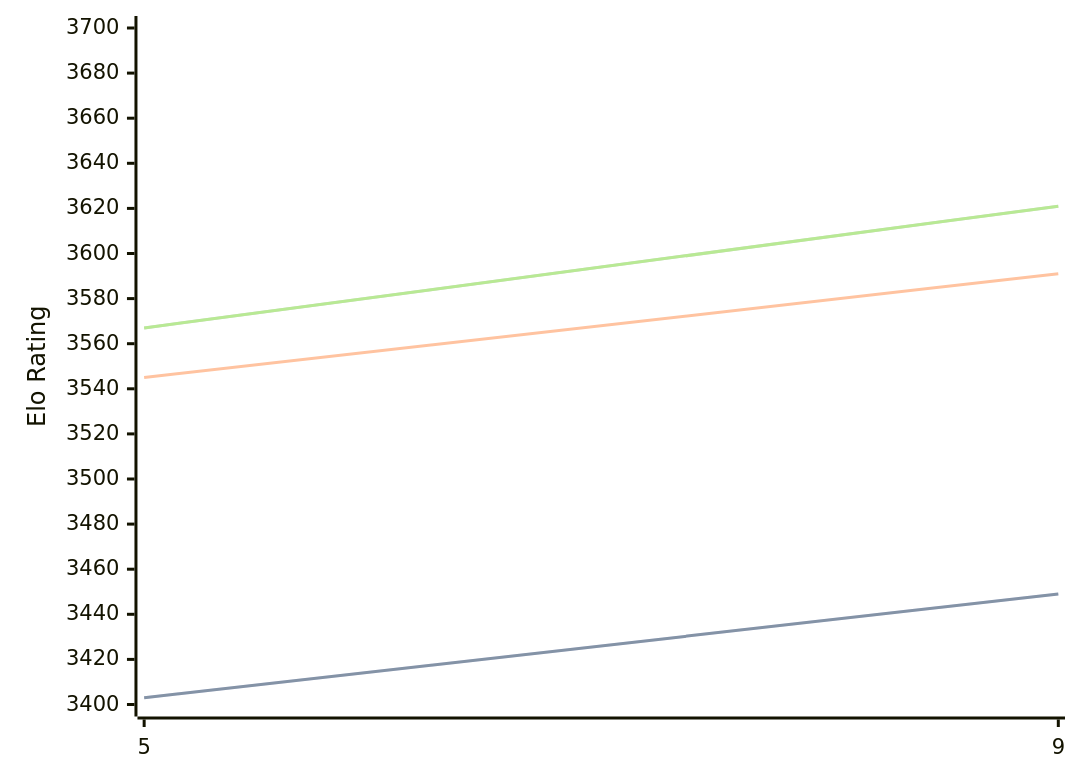
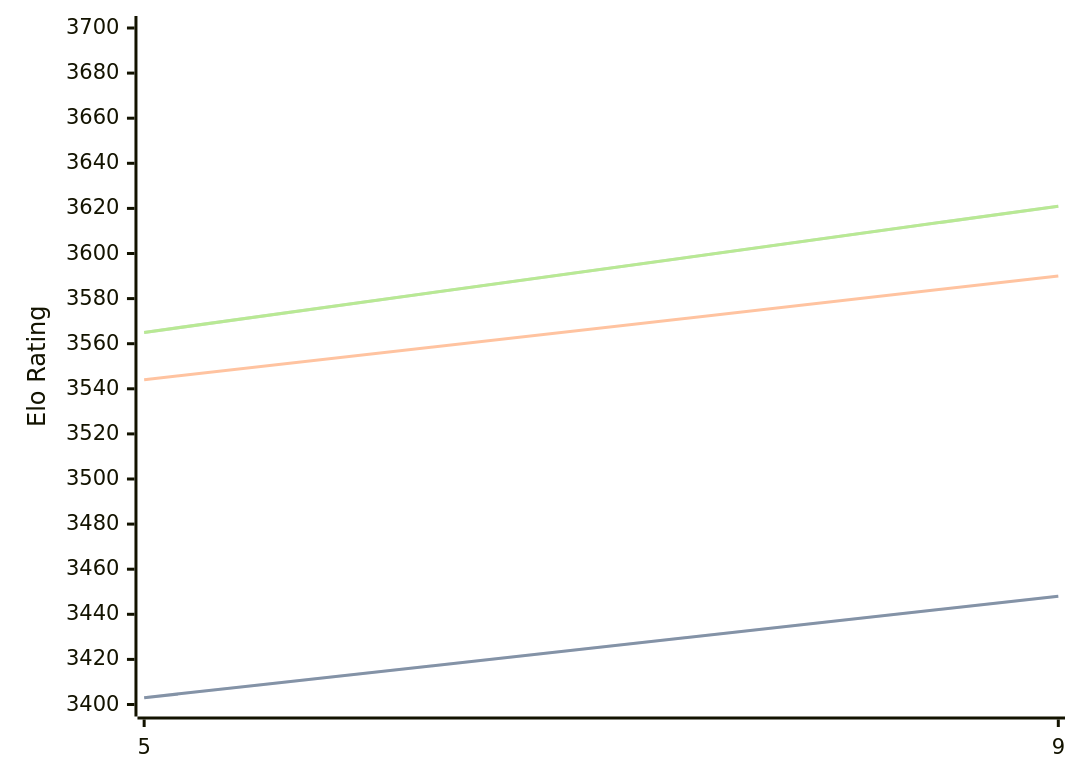
The diagram in engines/Crystal.md (computer-chess-index/cci), drawn with Mermaid before and after one commit. The commit also changed other lines of this file, not shown here.

Commit message:
Update CCI Ratings (ELO VLTC) - 2026-03-30

````diff
--- a/engines/Crystal.md
+++ b/engines/Crystal.md
@@ -60,11 +60,11 @@
 ```mermaid
 %%{init: {"theme":"base","themeVariables":{"seriesColors:['#a3a3a3','#222221','#faa371']}}}%%
 xychart-beta
   x-axis ["5", "9"]
   y-axis "Elo Rating" 3400 --> 3700
-  line "STC (8.0+0.08s)" [3403, 3449]
-  line "STC (8.0+0.08s)" [3403, 3449]
-  line "LTC (60.0+0.60s)" [3545, 3591]
-  line "VLTC (2m24s+1.12s)" [3567, 3621]
-  line "VLTC (2m24s+1.12s)" [3567, 3621]
+  line "STC (8.0+0.08s)" [3403, 3448]
+  line "STC (8.0+0.08s)" [3403, 3448]
+  line "LTC (60.0+0.60s)" [3544, 3590]
+  line "VLTC (2m24s+1.12s)" [3565, 3621]
+  line "VLTC (2m24s+1.12s)" [3565, 3621]
 ```
````
